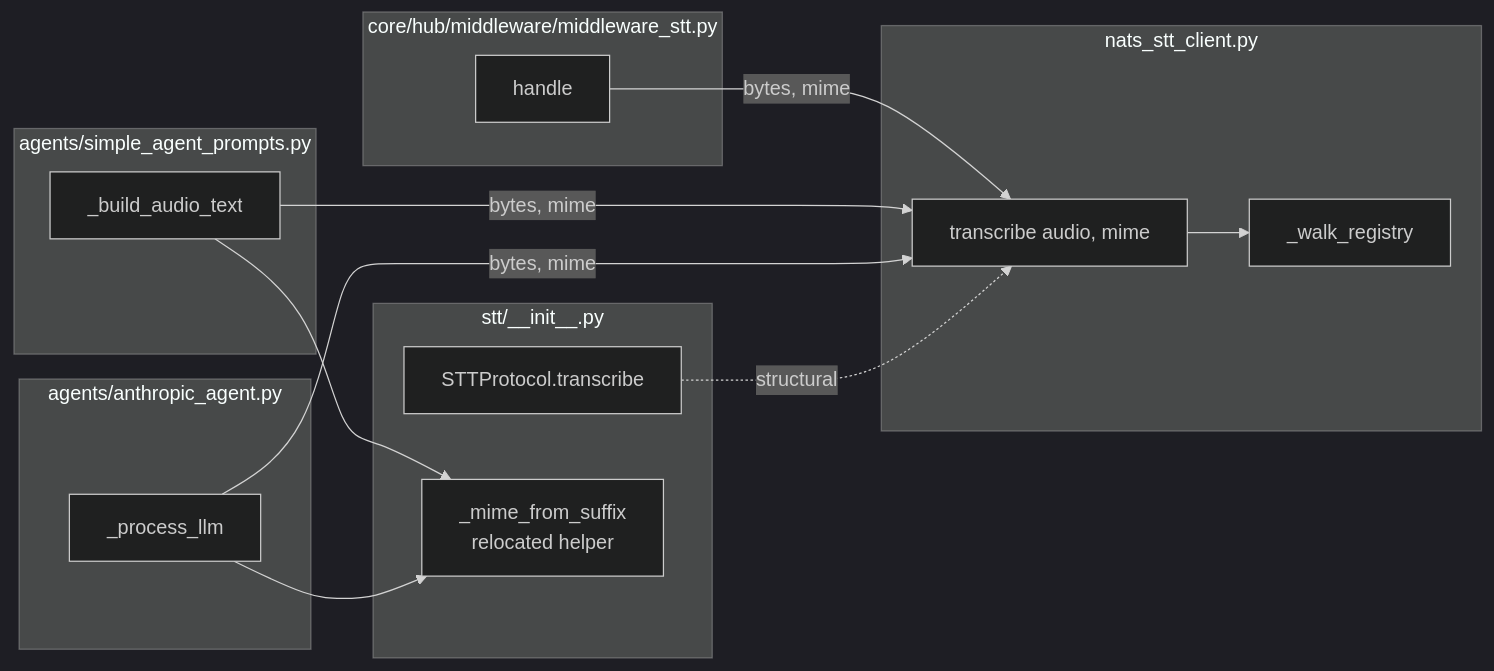
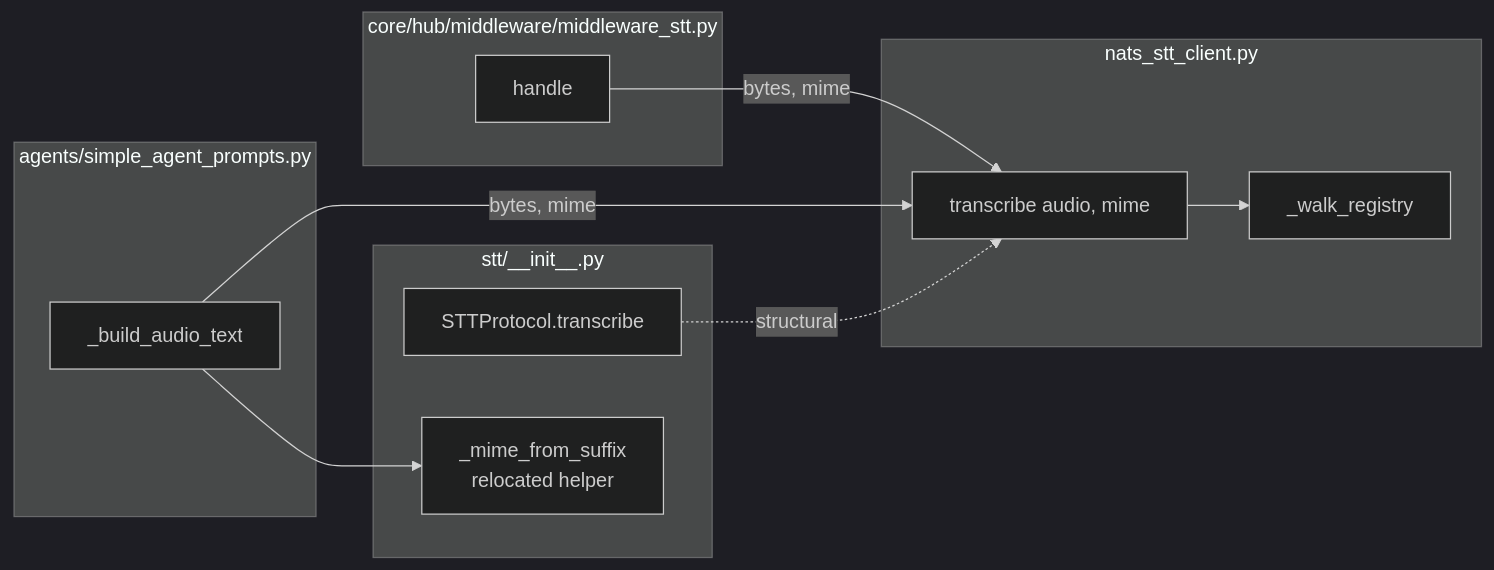
The second of 2 diagrams in artifacts/plans/852-transcribe-bytes-signature-plan.mdx (Roxabi/lyra), drawn with Mermaid (dark theme) before and after one commit. The commit also changed other lines of this file, not shown here.

Commit message:
chore(plan): update #852 transcribe bytes signature plan

````diff
--- a/artifacts/plans/852-transcribe-bytes-signature-plan.mdx
+++ b/artifacts/plans/852-transcribe-bytes-signature-plan.mdx
@@ -43,24 +41,20 @@
 ```mermaid
 flowchart LR
     subgraph nats_stt_client.py
         T[transcribe audio, mime]
         W[_walk_registry]
     end
     subgraph stt/__init__.py
         P[STTProtocol.transcribe]
         M[_mime_from_suffix<br/>relocated helper]
     end
     subgraph core/hub/middleware/middleware_stt.py
         MH[handle] -->|bytes, mime| T
     end
     subgraph agents/simple_agent_prompts.py
         BAT[_build_audio_text] -->|bytes, mime| T
         BAT --> M
     end
-    subgraph agents/anthropic_agent.py
-        PL[_process_llm] -->|bytes, mime| T
-        PL --> M
-    end
     T --> W
     P -.structural.-> T
 ```
````
